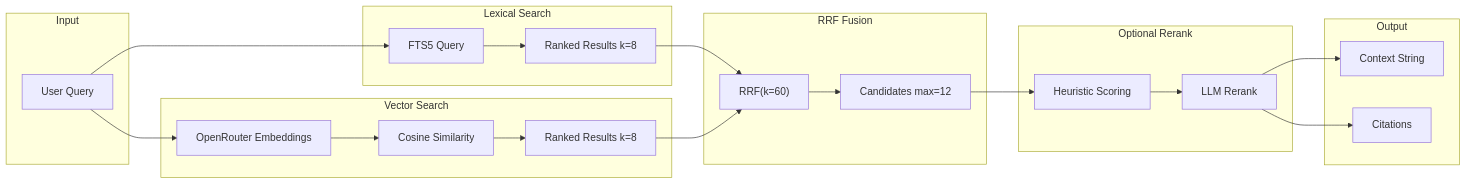
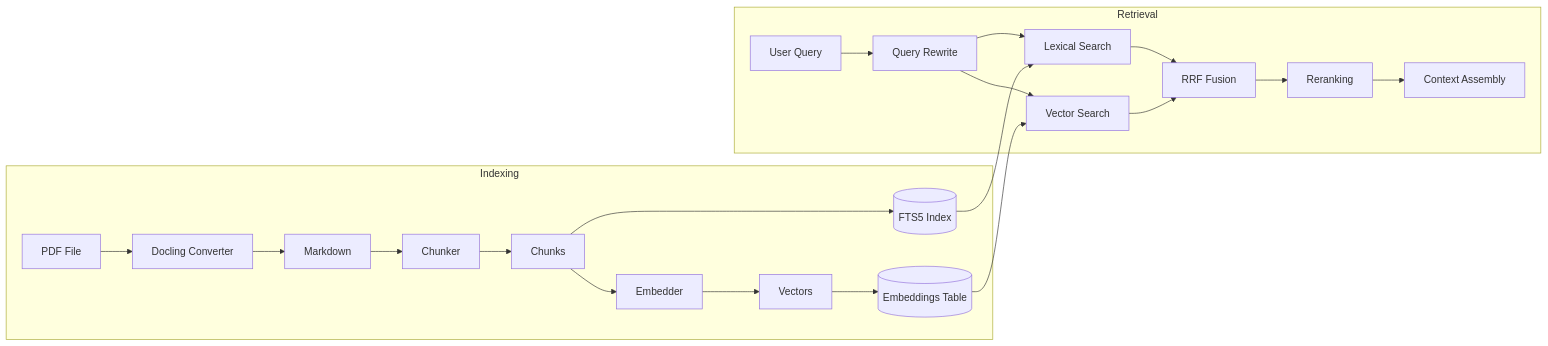
One commit to Mariano17omega/attractor-desk-alpha changed the ninth of 9 diagrams in report.md. Above: the diagram before and after it, drawn with Mermaid. The commit also changed other lines of this file and 32 other files, not shown here.

````diff
--- a/report.md
+++ b/report.md
@@ -489,42 +461,27 @@
 ```mermaid
 flowchart LR
-    subgraph Input
-        Q[User Query]
+    subgraph Indexing
+        PDF[PDF File] --> DC[Docling Converter]
+        DC --> MD[Markdown]
+        MD --> CH[Chunker]
+        CH --> CK[Chunks]
+        CK --> EM[Embedder]
+        EM --> VE[Vectors]
+        
+        CK --> FTS[(FTS5 Index)]
+        VE --> VDB[(Embeddings Table)]
     end
     
-    subgraph Lexical["Lexical Search"]
-        FTS[FTS5 Query]
-        LEX_R[Ranked Results k=8]
+    subgraph Retrieval
+        Q[User Query] --> QR[Query Rewrite]
+        QR --> LEX[Lexical Search]
+        QR --> VEC[Vector Search]
+        LEX --> RRF[RRF Fusion]
+        VEC --> RRF
+        RRF --> RK[Reranking]
+        RK --> CTX[Context Assembly]
     end
     
-    subgraph Vector["Vector Search"]
-        EMB[OpenRouter Embeddings]
-        COS[Cosine Similarity]
-        VEC_R[Ranked Results k=8]
-    end
-    
-    subgraph Fusion["RRF Fusion"]
-        RRF["RRF(k=60)"]
-        CAND[Candidates max=12]
-    end
-    
-    subgraph Rerank["Optional Rerank"]
-        HEUR[Heuristic Scoring]
-        LLM_R[LLM Rerank]
-    end
-    
-    subgraph Output
-        CTX[Context String]
-        CIT[Citations]
-    end
-    
-    Q --> FTS --> LEX_R
-    Q --> EMB --> COS --> VEC_R
-    LEX_R --> RRF
-    VEC_R --> RRF
-    RRF --> CAND
-    CAND --> HEUR
-    HEUR --> LLM_R
-    LLM_R --> CTX
-    LLM_R --> CIT
+    FTS --> LEX
+    VDB --> VEC
 ```
````
